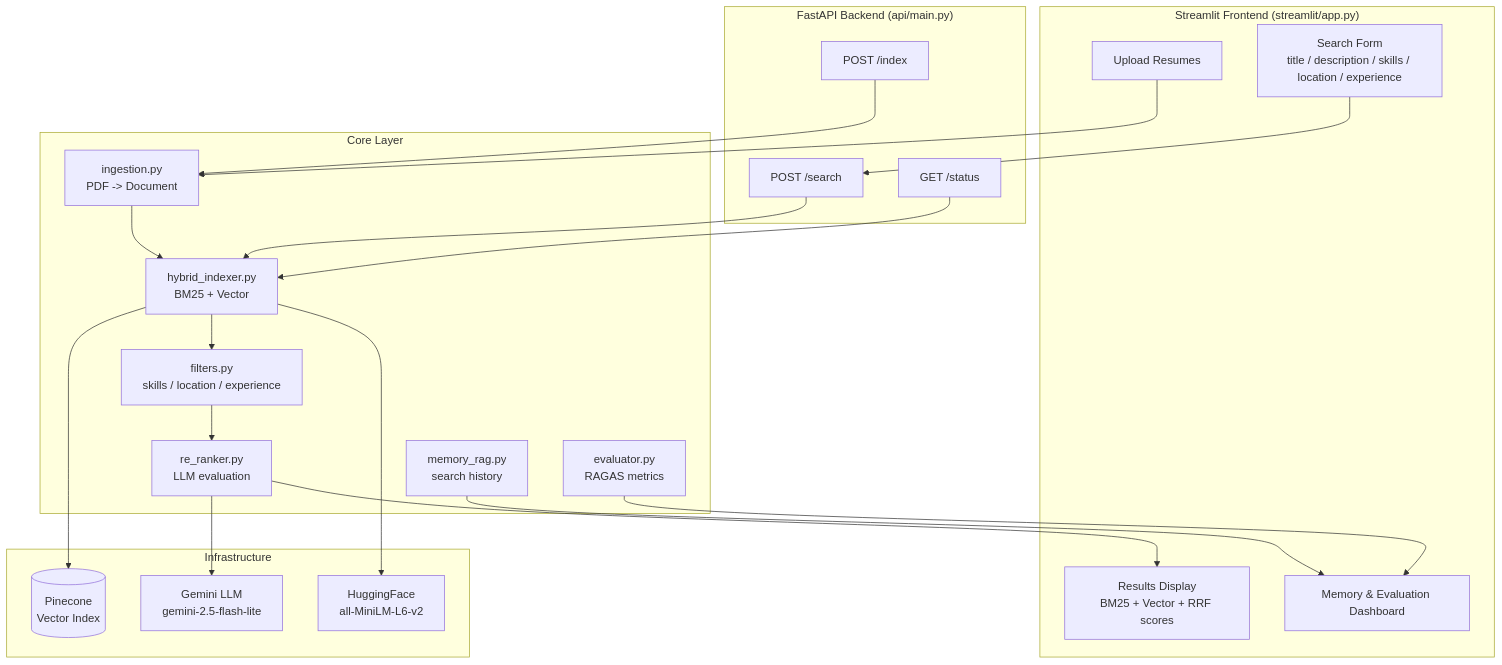
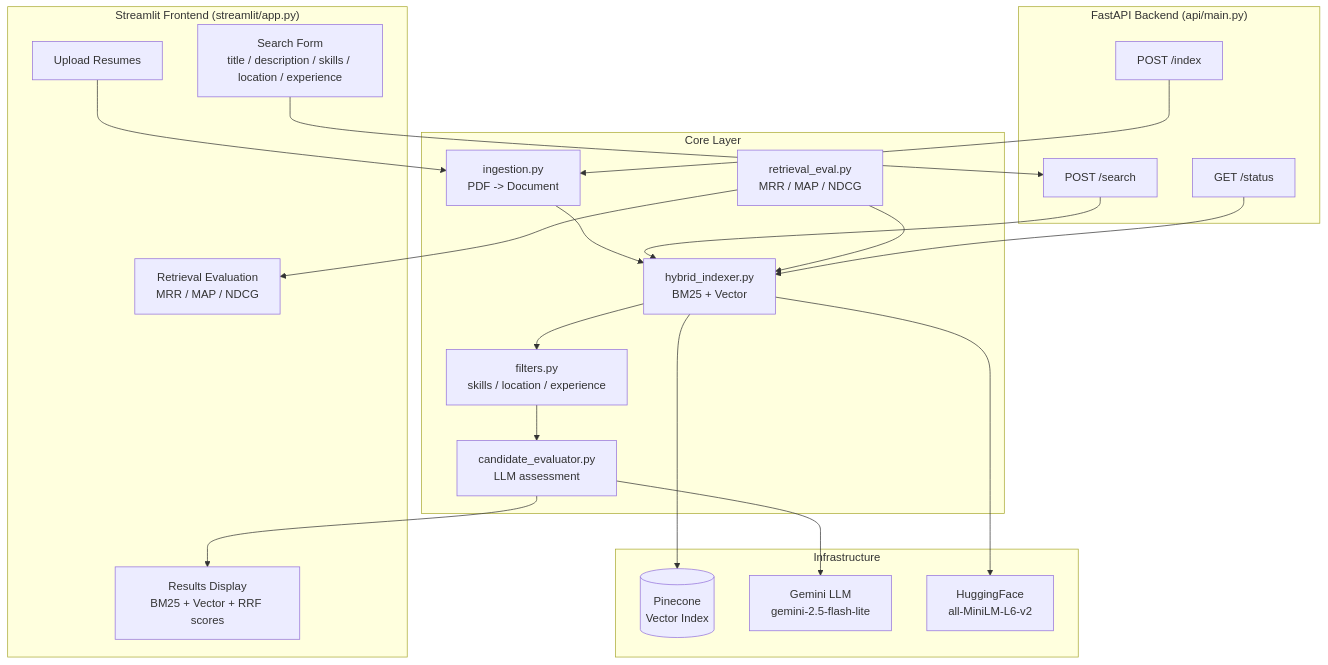
The first of 2 diagrams in HireFlow_Architecture.md (sumangit4u/hireflow), drawn with Mermaid before and after one commit. The commit also changed other lines of this file and 40 other files, not shown here.

````diff
--- a/HireFlow_Architecture.md
+++ b/HireFlow_Architecture.md
@@ -13,45 +13,44 @@
 ```mermaid
 graph TB
     subgraph UI["Streamlit Frontend (streamlit/app.py)"]
         UPLOAD[Upload Resumes]
         SEARCH[Search Form<br>title / description / skills / location / experience]
         RESULTS[Results Display<br>BM25 + Vector + RRF scores]
-        MEMORY[Memory & Evaluation Dashboard]
+        EVALPAGE[Retrieval Evaluation<br>MRR / MAP / NDCG]
     end
 
     subgraph API["FastAPI Backend (api/main.py)"]
         INDEX_EP[POST /index]
         SEARCH_EP[POST /search]
         STATUS_EP[GET /status]
     end
 
     subgraph CORE["Core Layer"]
         INGESTION[ingestion.py<br>PDF -> Document]
         INDEXER[hybrid_indexer.py<br>BM25 + Vector]
         FILTERS[filters.py<br>skills / location / experience]
-        RERANKER[re_ranker.py<br>LLM evaluation]
-        MEMORY_RAG[memory_rag.py<br>search history]
-        EVALUATOR[evaluator.py<br>RAGAS metrics]
+        EVALUATORC[candidate_evaluator.py<br>LLM assessment]
+        RETEVAL[retrieval_eval.py<br>MRR / MAP / NDCG]
     end
 
     subgraph INFRA["Infrastructure"]
         PINECONE[(Pinecone<br>Vector Index)]
         GEMINI[Gemini LLM<br>gemini-2.5-flash-lite]
         EMBEDDINGS[HuggingFace<br>all-MiniLM-L6-v2]
     end
 
     UPLOAD --> INGESTION
     SEARCH --> SEARCH_EP
     INDEX_EP --> INGESTION
     INGESTION --> INDEXER
     INDEXER --> PINECONE
     INDEXER --> EMBEDDINGS
     SEARCH_EP --> INDEXER
     INDEXER --> FILTERS
-    FILTERS --> RERANKER
-    RERANKER --> GEMINI
-    RERANKER --> RESULTS
-    MEMORY_RAG --> MEMORY
-    EVALUATOR --> MEMORY
+    FILTERS --> EVALUATORC
+    EVALUATORC --> GEMINI
+    EVALUATORC --> RESULTS
+    RETEVAL --> INDEXER
+    RETEVAL --> EVALPAGE
     STATUS_EP --> INDEXER
 ```
````
